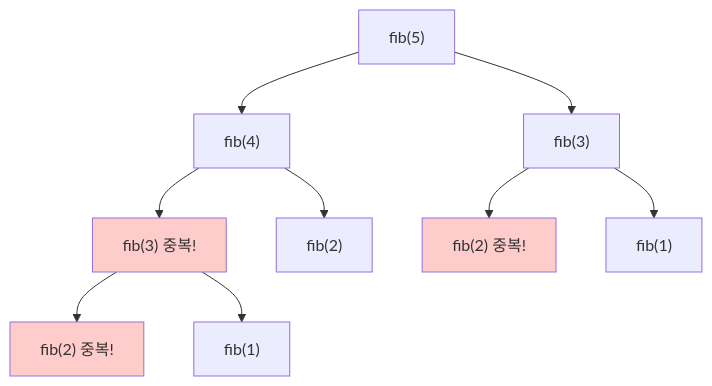
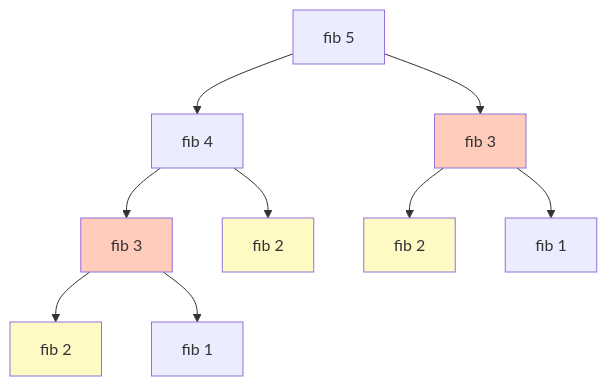
One commit to nugurejeil/weniVooks changed the first of 2 diagrams in _md/essentials-codingtest/chapter04/04-4.md. Above: the diagram before and after it, drawn with Mermaid. The commit also changed other lines of this file and 9 other files, not shown here.

````diff
--- a/_md/essentials-codingtest/chapter04/04-4.md
+++ b/_md/essentials-codingtest/chapter04/04-4.md
@@ -47,15 +32,17 @@
 ```mermaid
 graph TD
-    A["fib(5)"] --> B["fib(4)"]
-    A --> C["fib(3)"]
-    B --> D["fib(3) 중복!"]
-    B --> E["fib(2)"]
-    C --> F["fib(2) 중복!"]
-    C --> G["fib(1)"]
-    D --> H["fib(2) 중복!"]
-    D --> I["fib(1)"]
+    A[fib 5] --> B[fib 4]
+    A --> C[fib 3]
+    B --> D[fib 3]
+    B --> E[fib 2]
+    C --> F[fib 2]
+    C --> G[fib 1]
+    D --> H[fib 2]
+    D --> I[fib 1]
 
-    style D fill:#ffcccc
-    style F fill:#ffcccc
-    style H fill:#ffcccc
+    style D fill:#ffccbc
+    style C fill:#ffccbc
+    style F fill:#fff9c4
+    style H fill:#fff9c4
+    style E fill:#fff9c4
 ```
````
